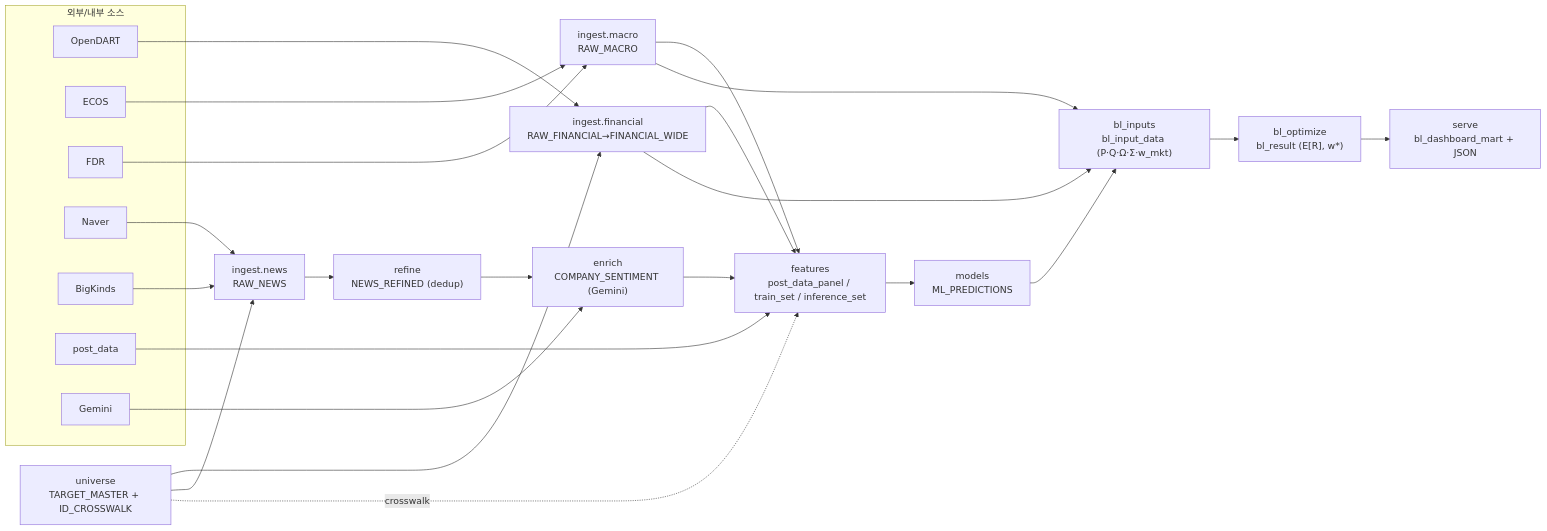
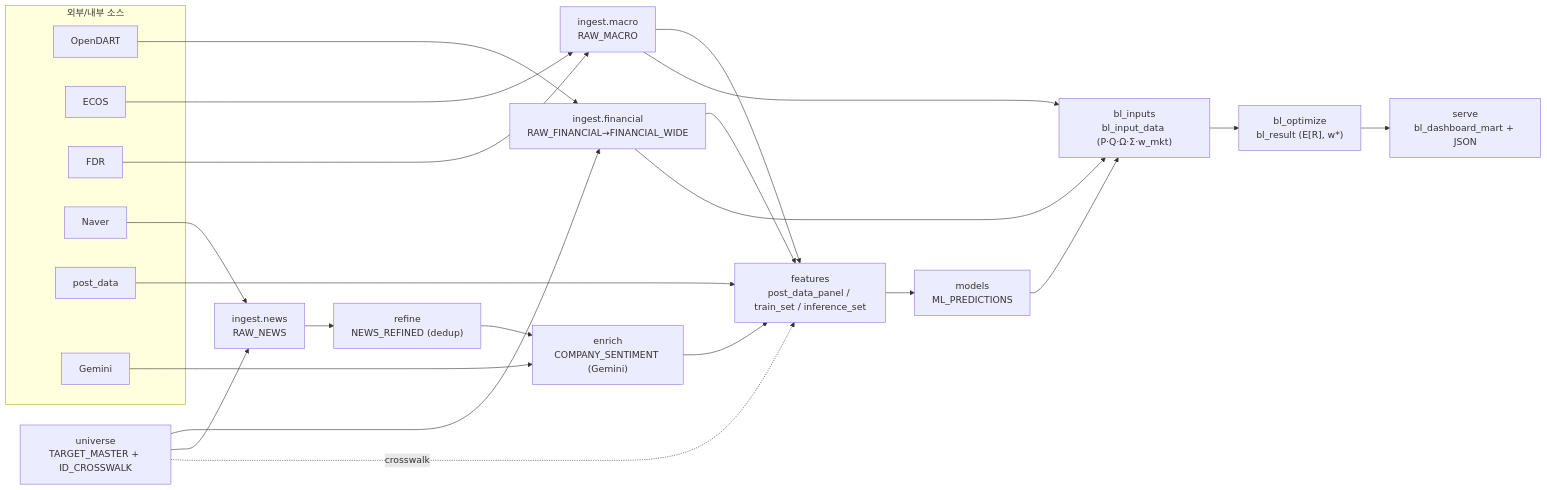
One commit to blunderblus/black_litterman_project changed the first of 5 diagrams in docs/design/02-data-pipeline.md. Above: the diagram before and after it, drawn with Mermaid. The commit also changed other lines of this file and 9 other files, not shown here.

First line of the commit message:
docs: finish BigKinds(구 Track C) sweep across design/planning 9종; v0.2→v0.3

````diff
--- a/docs/design/02-data-pipeline.md
+++ b/docs/design/02-data-pipeline.md
@@ -89,43 +87,41 @@
 ```mermaid
 flowchart LR
   subgraph SRC[외부/내부 소스]
     DART[OpenDART]
     ECOS[ECOS]
     FDR[FDR]
     NAVER[Naver]
-    BIGK[BigKinds]
     POST[post_data]
     GEM[Gemini]
   end
 
   U["universe<br/>TARGET_MASTER + ID_CROSSWALK"]
   IN_F["ingest.financial<br/>RAW_FINANCIAL→FINANCIAL_WIDE"]
   IN_M["ingest.macro<br/>RAW_MACRO"]
   IN_N["ingest.news<br/>RAW_NEWS"]
   RF["refine<br/>NEWS_REFINED (dedup)"]
   EN["enrich<br/>COMPANY_SENTIMENT (Gemini)"]
   FE["features<br/>post_data_panel / train_set / inference_set"]
   ML["models<br/>ML_PREDICTIONS"]
   BI["bl_inputs<br/>bl_input_data (P·Q·Ω·Σ·w_mkt)"]
   BO["bl_optimize<br/>bl_result (E[R], w*)"]
   SV["serve<br/>bl_dashboard_mart + JSON"]
 
   DART --> IN_F
   ECOS --> IN_M
   FDR --> IN_M
   NAVER --> IN_N
-  BIGK --> IN_N
   POST --> FE
   GEM --> EN
 
   U --> IN_F
   U --> IN_N
   IN_F --> FE
   IN_M --> FE
   IN_N --> RF --> EN --> FE
   U -. crosswalk .-> FE
   FE --> ML --> BI
   IN_F --> BI
   IN_M --> BI
   BI --> BO --> SV
 ```
````
